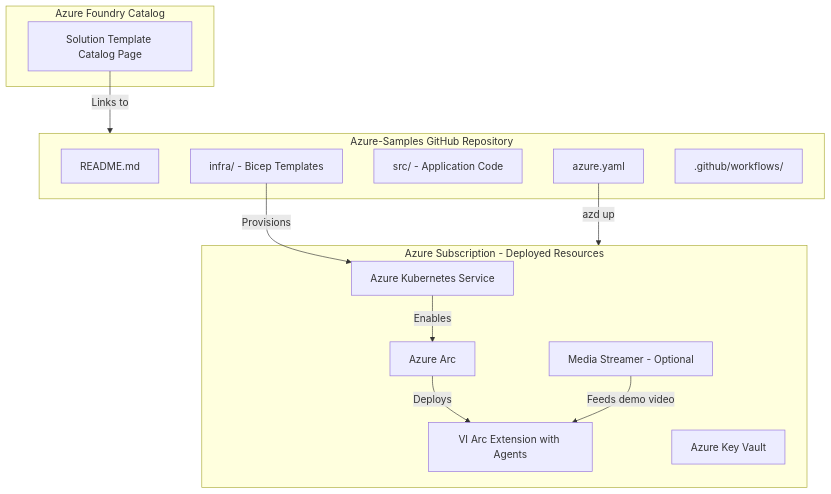
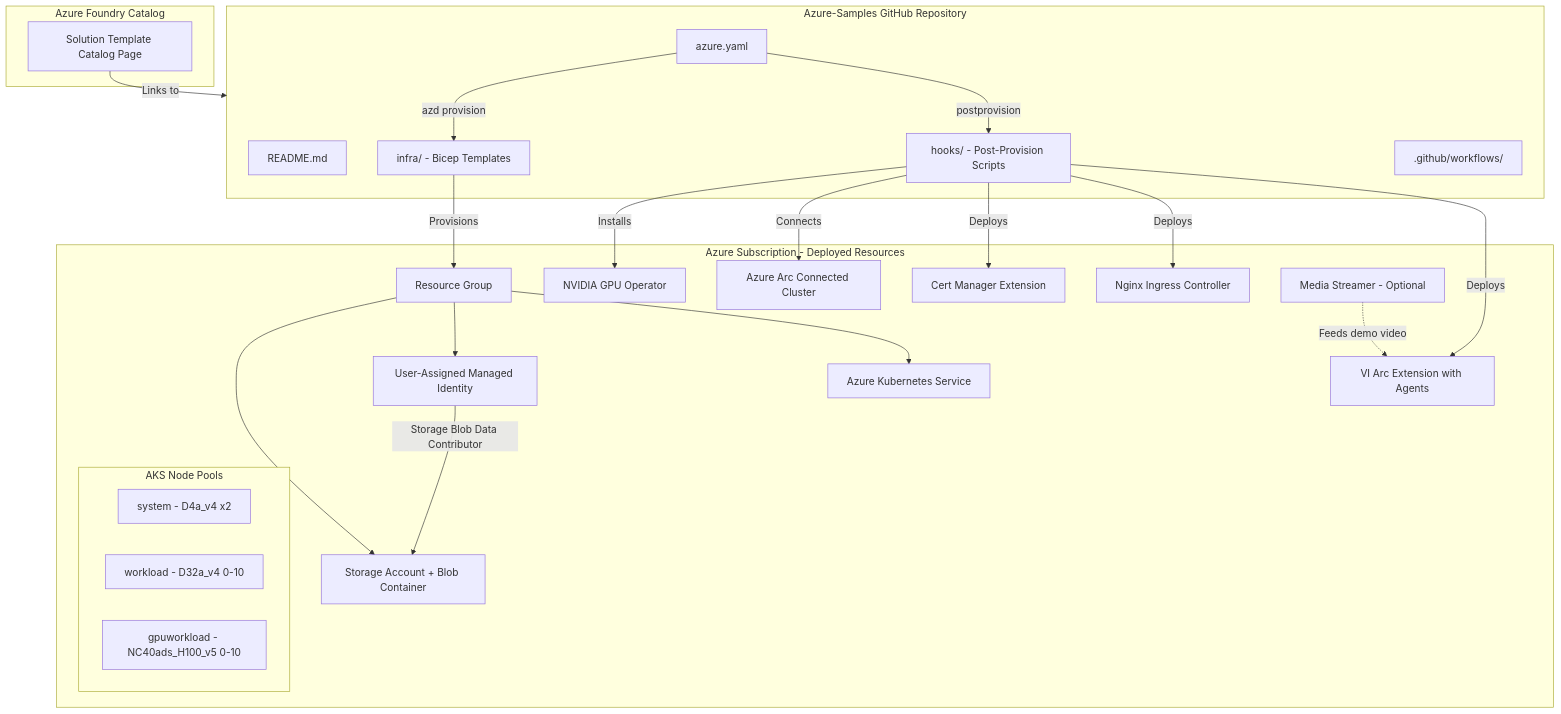
The first of 2 diagrams in Video-Agents-Foundry-Solution-prd.md (Azure-Samples/Video-Agents-Foundry-Solution), drawn with Mermaid before and after one commit. The commit also changed other lines of this file and 1 other file, not shown here.

````diff
--- a/Video-Agents-Foundry-Solution-prd.md
+++ b/Video-Agents-Foundry-Solution-prd.md
@@ -183,29 +204,47 @@
 ```mermaid
 flowchart TB
     subgraph Foundry[Azure Foundry Catalog]
         CATALOG[Solution Template Catalog Page]
     end
 
     subgraph GitHub[Azure-Samples GitHub Repository]
         README[README.md]
         INFRA[infra/ - Bicep Templates]
-        SRC[src/ - Application Code]
+        HOOKS[hooks/ - Post-Provision Scripts]
         AZURE_YAML[azure.yaml]
         GH_ACTIONS[.github/workflows/]
     end
 
     subgraph Azure[Azure Subscription - Deployed Resources]
+        RG[Resource Group]
+        STORAGE[Storage Account + Blob Container]
+        MI[User-Assigned Managed Identity]
         AKS[Azure Kubernetes Service]
-        ARC[Azure Arc]
+        subgraph AKS_Pools[AKS Node Pools]
+            SYS[system - D4a_v4 x2]
+            WL[workload - D32a_v4 0-10]
+            GPU[gpuworkload - NC40ads_H100_v5 0-10]
+        end
+        ARC[Azure Arc Connected Cluster]
+        CERT[Cert Manager Extension]
         VI_EXT[VI Arc Extension with Agents]
-        KV[Azure Key Vault]
+        NVIDIA[NVIDIA GPU Operator]
+        INGRESS[Nginx Ingress Controller]
         STREAMER[Media Streamer - Optional]
     end
 
     CATALOG -- Links to --> GitHub
-    AZURE_YAML -- azd up --> Azure
-    INFRA -- Provisions --> AKS
-    AKS -- Enables --> ARC
-    ARC -- Deploys --> VI_EXT
-    STREAMER -- Feeds demo video --> VI_EXT
+    AZURE_YAML -- azd provision --> INFRA
+    INFRA -- Provisions --> RG
+    RG --> STORAGE
+    RG --> MI
+    RG --> AKS
+    AZURE_YAML -- postprovision --> HOOKS
+    HOOKS -- Installs --> NVIDIA
+    HOOKS -- Connects --> ARC
+    HOOKS -- Deploys --> CERT
+    HOOKS -- Deploys --> INGRESS
+    HOOKS -- Deploys --> VI_EXT
+    MI -- Storage Blob Data Contributor --> STORAGE
+    STREAMER -. Feeds demo video .-> VI_EXT
 ```
````
